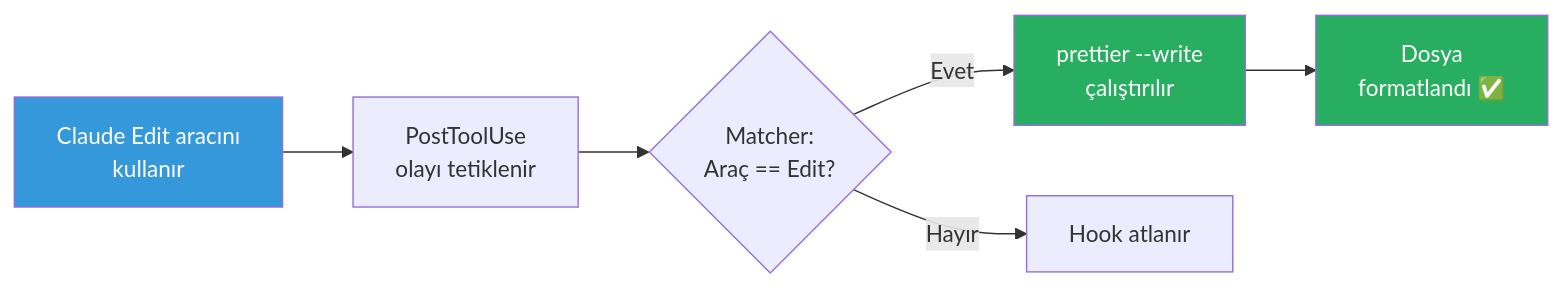
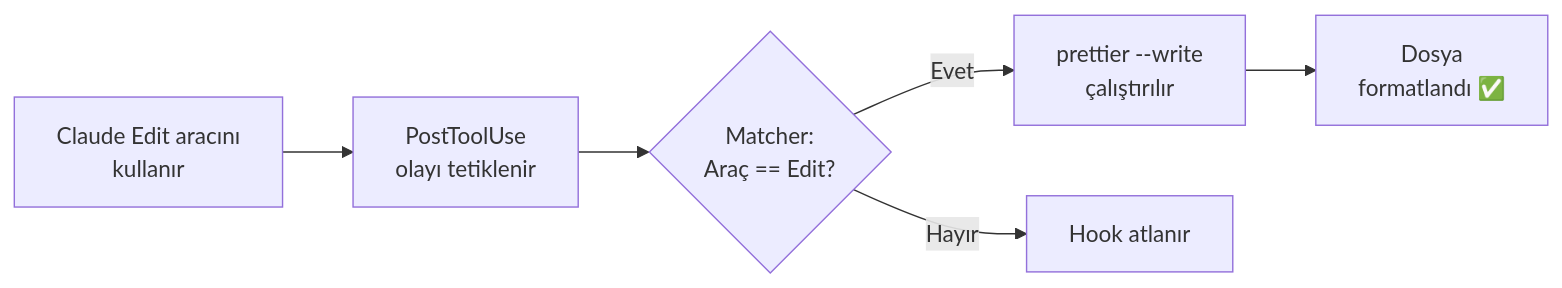
The fourth of 5 diagrams in 14-hooks-ve-otomasyon/01-hooks-nedir.md (IzzetYasinAtes/ClaudeCodeHandbook), drawn with Mermaid before and after one commit. The commit also changed other lines of this file and 97 other files, not shown here.

Commit message:
Remove all custom Mermaid style/fill colors from 98 markdown files for consistent dark theme rendering

````diff
--- a/14-hooks-ve-otomasyon/01-hooks-nedir.md
+++ b/14-hooks-ve-otomasyon/01-hooks-nedir.md
@@ -198,12 +195,9 @@
 ```mermaid
 flowchart LR
     A["Claude Edit aracını<br/>kullanır"] --> B["PostToolUse<br/>olayı tetiklenir"]
     B --> C{"Matcher:<br/>Araç == Edit?"}
     C -->|Evet| D["prettier --write<br/>çalıştırılır"]
     C -->|Hayır| E["Hook atlanır"]
     D --> F["Dosya<br/>formatlandı ✅"]
 
-    style A fill:#3498DB,color:#fff
-    style D fill:#27AE60,color:#fff
-    style F fill:#27AE60,color:#fff
 ```
````
